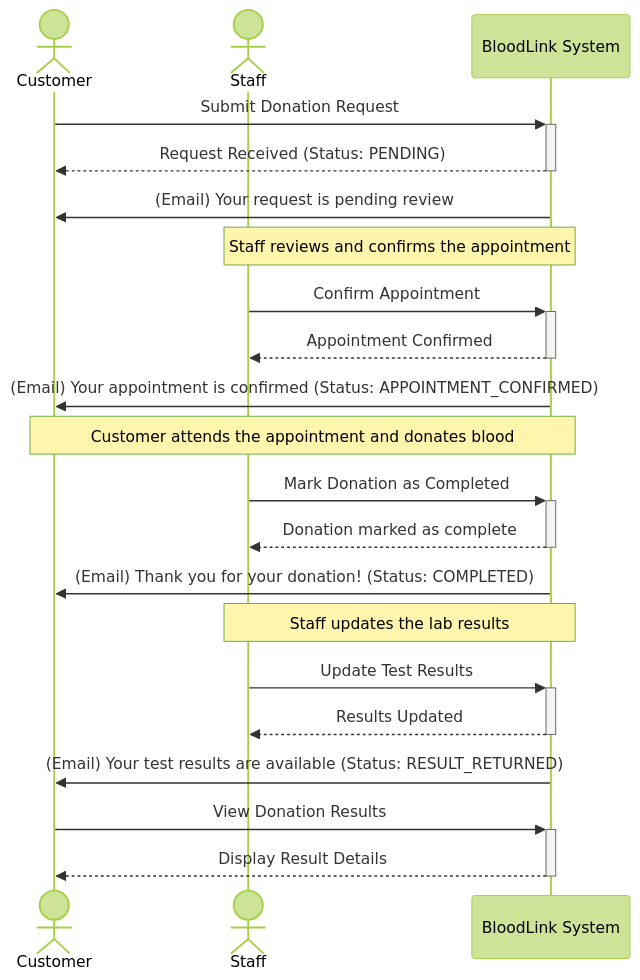
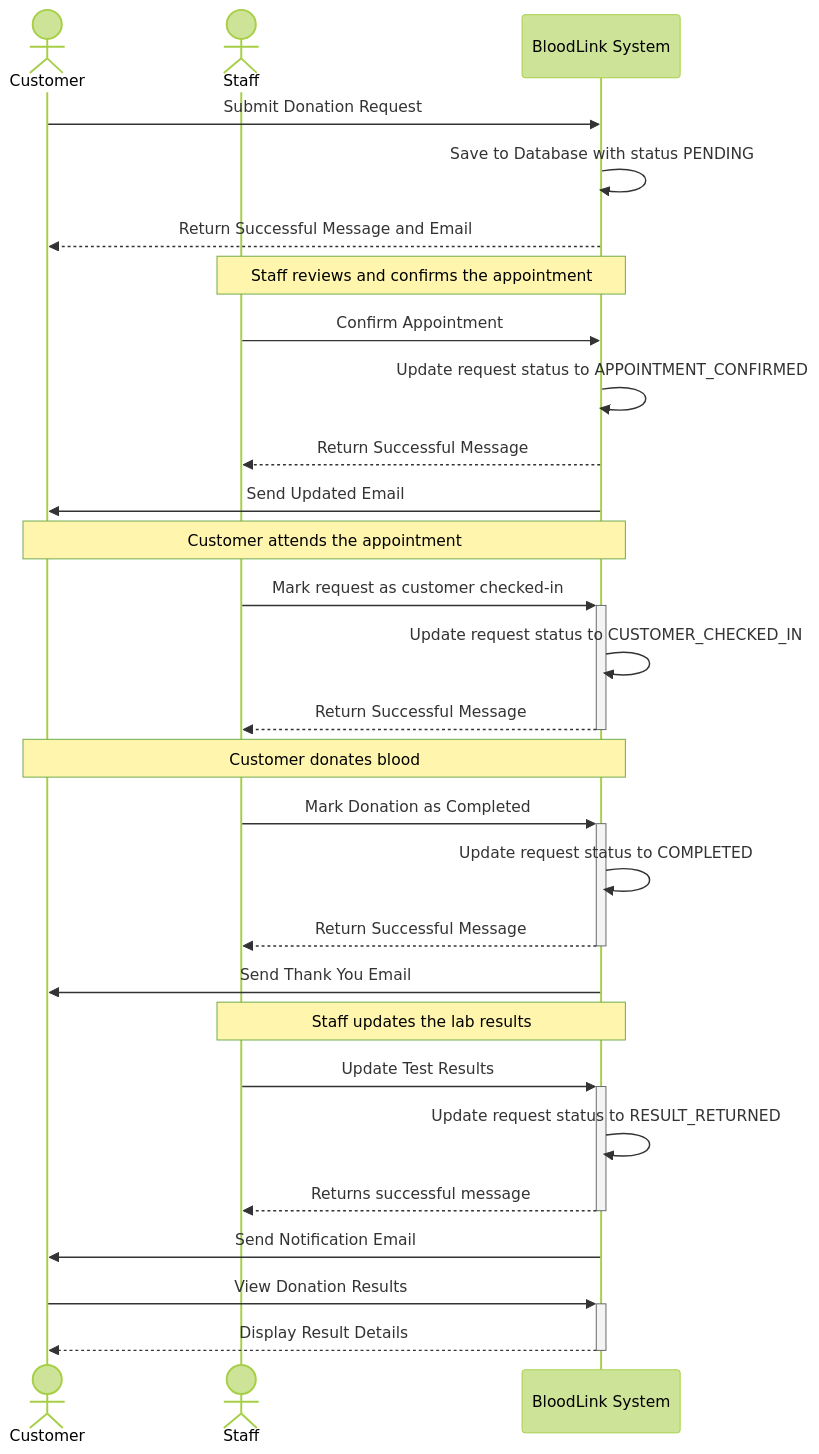
Before and after one commit to phamnguyenviethung/bloodlink-be: the first of 3 diagrams in docs/DONATION_FLOW.md, drawn with Mermaid (forest theme). The commit also changed 1 other file, not shown here.

Commit message:
Update sequence diagram

````diff
--- a/docs/DONATION_FLOW.md
+++ b/docs/DONATION_FLOW.md
@@ -111,32 +111,41 @@
 ```mermaid
 sequenceDiagram
     actor Customer
     actor Staff
     participant System as BloodLink System
 
-    Customer->>+System: Submit Donation Request
-    System-->>-Customer: Request Received (Status: PENDING)
-    System->>Customer: (Email) Your request is pending review
+    Customer->>System: Submit Donation Request
+    System->>System: Save to Database with status PENDING
+    System-->>Customer: Return Successful Message and Email
 
     Note over Staff, System: Staff reviews and confirms the appointment
+      
+    Staff->>System: Confirm Appointment
+    System->>System: Update request status to APPOINTMENT_CONFIRMED
+    System-->>Staff: Return Successful Message
+    System->>Customer: Send Updated Email
 
-    Staff->>+System: Confirm Appointment
-    System-->>-Staff: Appointment Confirmed
-    System->>Customer: (Email) Your appointment is confirmed (Status: APPOINTMENT_CONFIRMED)
+    Note over Customer, System: Customer attends the appointment
 
-    Note over Customer, System: Customer attends the appointment and donates blood
+    Staff->>+System: Mark request as customer checked-in
+    System->>System: Update request status to CUSTOMER_CHECKED_IN
+    System-->>-Staff: Return Successful Message
+    
+    Note over Customer, System: Customer donates blood
 
     Staff->>+System: Mark Donation as Completed
-    System-->>-Staff: Donation marked as complete
-    System->>Customer: (Email) Thank you for your donation! (Status: COMPLETED)
+    System->>System: Update request status to COMPLETED
+    System-->>-Staff: Return Successful Message
+    System->>Customer: Send Thank You Email
 
     Note over Staff, System: Staff updates the lab results
 
     Staff->>+System: Update Test Results
-    System-->>-Staff: Results Updated
-    System->>Customer: (Email) Your test results are available (Status: RESULT_RETURNED)
+    System->>System: Update request status to RESULT_RETURNED
+    System-->>-Staff: Returns successful message
+    System->>Customer: Send Notification Email
 
     Customer->>+System: View Donation Results
     System-->>-Customer: Display Result Details
 
 ```
````
